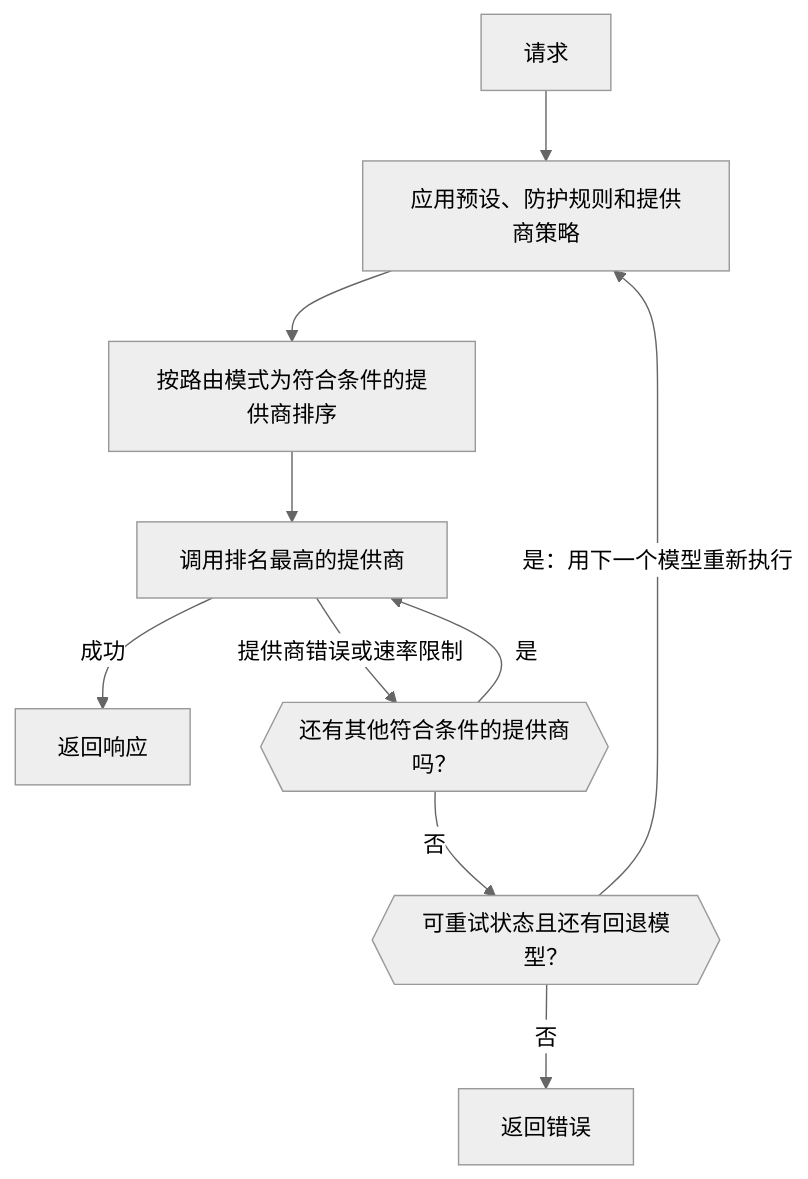
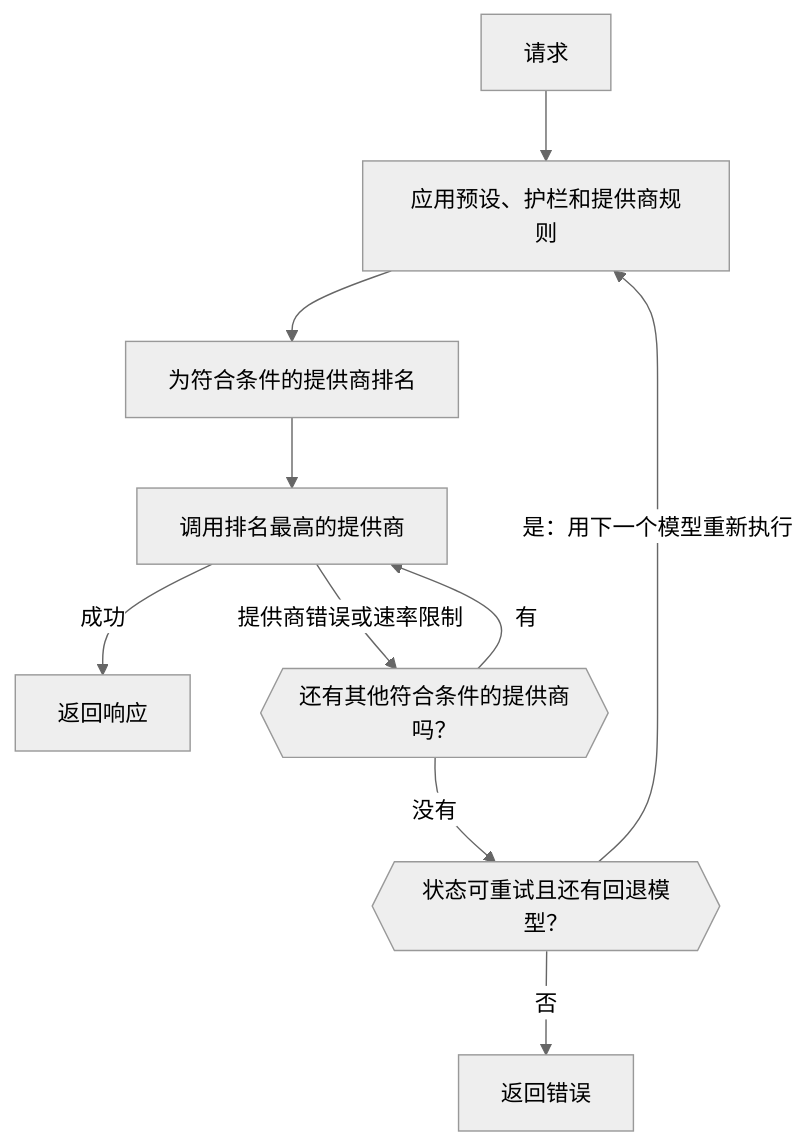
One commit to phaseoteam/Phaseo changed the diagram in apps/docs/zh-Hans/v1/guides/routing-and-fallbacks.mdx. Above: the diagram before and after it, drawn with Mermaid (neutral theme). The commit also changed other lines of this file and 3793 other files, not shown here.

````diff
--- a/apps/docs/zh-Hans/v1/guides/routing-and-fallbacks.mdx
+++ b/apps/docs/zh-Hans/v1/guides/routing-and-fallbacks.mdx
@@ -236,12 +12,12 @@
 ```mermaid
 flowchart TD
-  req["请求"] --> pol["应用预设、防护规则和提供商策略"]
-  pol --> rnk["按路由模式为符合条件的提供商排序"]
+  req["请求"] --> pol["应用预设、护栏和提供商规则"]
+  pol --> rnk["为符合条件的提供商排名"]
   rnk --> prov["调用排名最高的提供商"]
   prov -->|"成功"| resp["返回响应"]
   prov -->|"提供商错误或速率限制"| nextProv{{"还有其他符合条件的提供商吗？"}}
-  nextProv -->|"是"| prov
-  nextProv -->|"否"| fallbackCheck{{"可重试状态且还有回退模型？"}}
+  nextProv -->|"有"| prov
+  nextProv -->|"没有"| fallbackCheck{{"状态可重试且还有回退模型？"}}
   fallbackCheck -->|"是：用下一个模型重新执行"| pol
   fallbackCheck -->|"否"| err["返回错误"]
 ```
````
